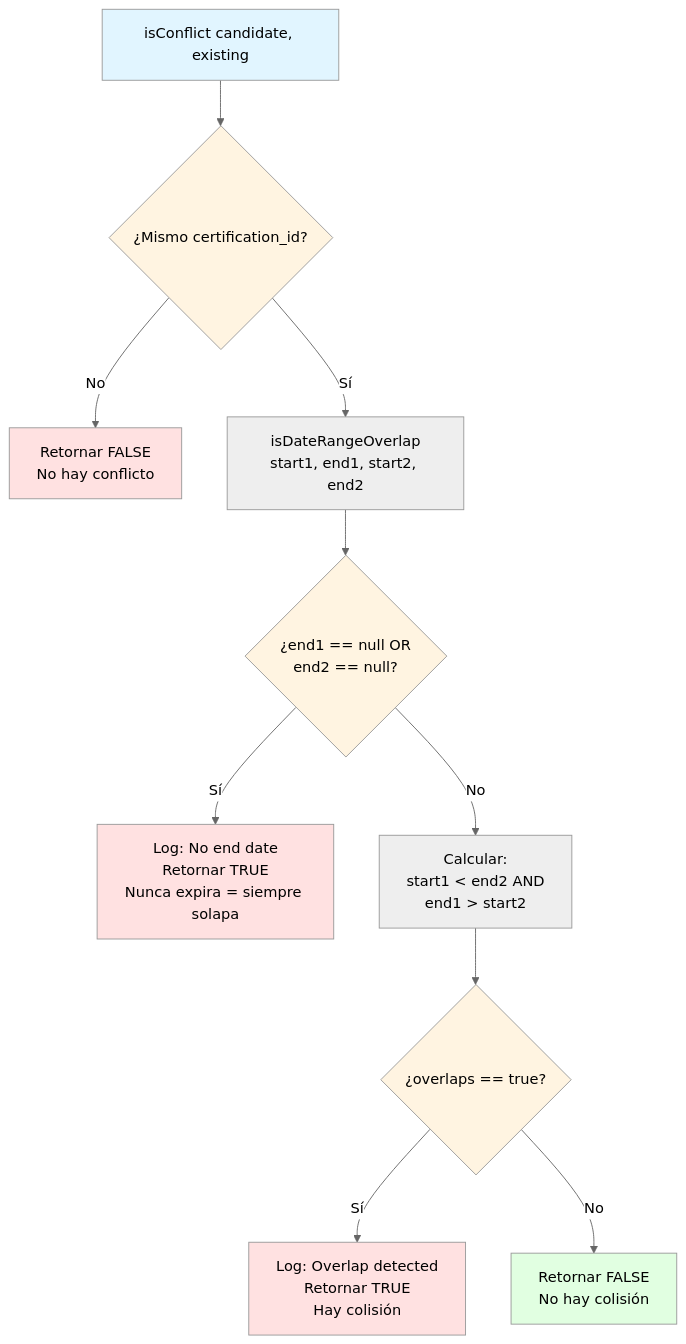
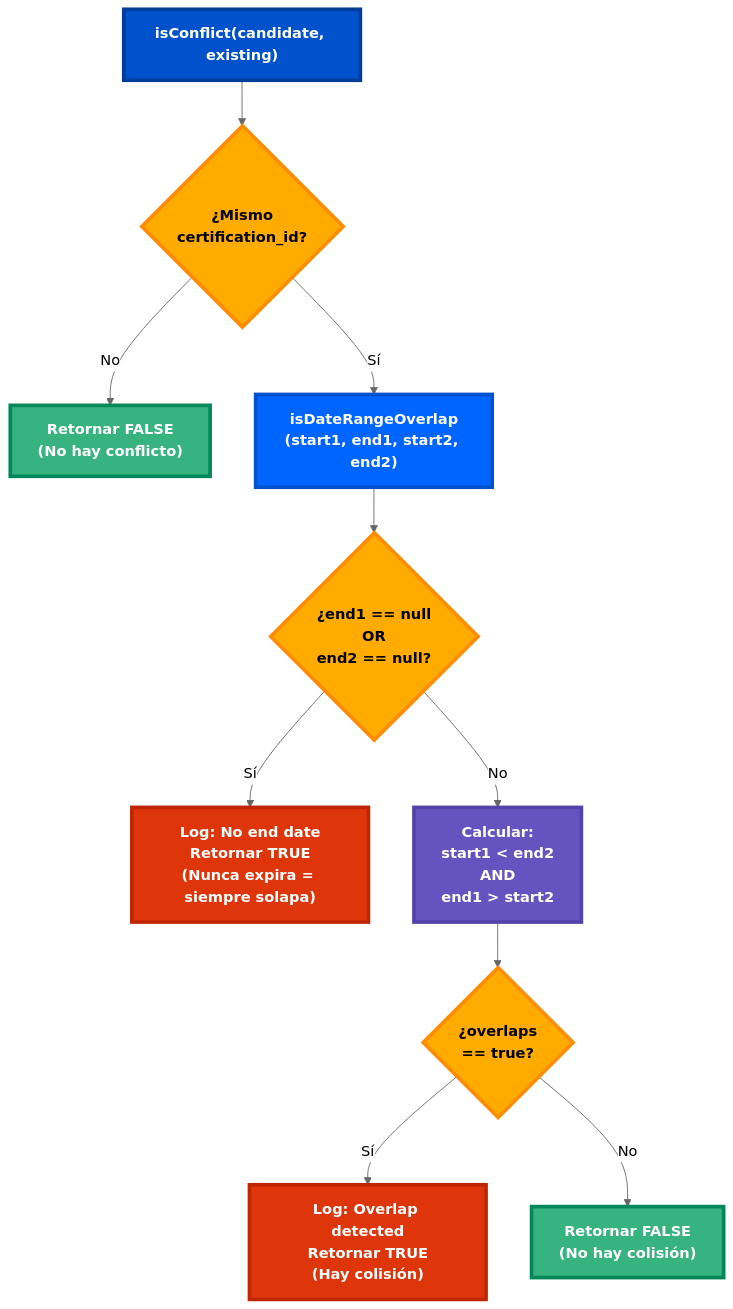
The fifth of 6 diagrams in guides/guia-implementacion-estrategia-force-default/guia-implementacion-estrategia-force-default.md (raulburgosbds/documentos_bds), drawn with Mermaid (neutral theme) before and after one commit. The commit also changed other lines of this file, not shown here.

````diff
--- a/guides/guia-implementacion-estrategia-force-default/guia-implementacion-estrategia-force-default.md
+++ b/guides/guia-implementacion-estrategia-force-default/guia-implementacion-estrategia-force-default.md
@@ -3493,23 +1168,25 @@
 ```mermaid
 flowchart TD
-    A[isConflict candidate, existing] --> B{¿Mismo certification_id?}
-    B -->|No| C[Retornar FALSE<br/>No hay conflicto]
-    B -->|Sí| D[isDateRangeOverlap<br/>start1, end1, start2, end2]
+    A["isConflict(candidate, existing)"] --> B{¿Mismo<br/>certification_id?}
+    B -->|No| C["Retornar FALSE<br/>(No hay conflicto)"]
+    B -->|Sí| D["isDateRangeOverlap<br/>(start1, end1, start2, end2)"]
     
-    D --> E{¿end1 == null OR<br/>end2 == null?}
-    E -->|Sí| F[Log: No end date<br/>Retornar TRUE<br/>Nunca expira = siempre solapa]
-    E -->|No| G[Calcular:<br/>start1 &lt; end2 AND<br/>end1 &gt; start2]
+    D --> E{¿end1 == null<br/>OR<br/>end2 == null?}
+    E -->|Sí| F["Log: No end date<br/>Retornar TRUE<br/>(Nunca expira = siempre solapa)"]
+    E -->|No| G["Calcular:<br/>start1 < end2<br/>AND<br/>end1 > start2"]
     
-    G --> H{¿overlaps == true?}
-    H -->|Sí| I[Log: Overlap detected<br/>Retornar TRUE<br/>Hay colisión]
-    H -->|No| J[Retornar FALSE<br/>No hay colisión]
+    G --> H{¿overlaps<br/>== true?}
+    H -->|Sí| I["Log: Overlap detected<br/>Retornar TRUE<br/>(Hay colisión)"]
+    H -->|No| J["Retornar FALSE<br/>(No hay colisión)"]
     
-    style A fill:#e1f5ff
-    style B fill:#fff4e1
-    style C fill:#ffe1e1
-    style E fill:#fff4e1
-    style F fill:#ffe1e1
-    style H fill:#fff4e1
-    style I fill:#ffe1e1
-    style J fill:#e1ffe1
+    style A fill:#0052CC,stroke:#003D99,stroke-width:4px,color:#FFFFFF,font-weight:bold
+    style B fill:#FFAB00,stroke:#FF8B00,stroke-width:4px,color:#000000,font-weight:bold
+    style C fill:#36B37E,stroke:#00875A,stroke-width:4px,color:#FFFFFF,font-weight:bold
+    style D fill:#0065FF,stroke:#0052CC,stroke-width:4px,color:#FFFFFF,font-weight:bold
+    style E fill:#FFAB00,stroke:#FF8B00,stroke-width:4px,color:#000000,font-weight:bold
+    style F fill:#DE350B,stroke:#BF2600,stroke-width:4px,color:#FFFFFF,font-weight:bold
+    style G fill:#6554C0,stroke:#5243AA,stroke-width:4px,color:#FFFFFF,font-weight:bold
+    style H fill:#FFAB00,stroke:#FF8B00,stroke-width:4px,color:#000000,font-weight:bold
+    style I fill:#DE350B,stroke:#BF2600,stroke-width:4px,color:#FFFFFF,font-weight:bold
+    style J fill:#36B37E,stroke:#00875A,stroke-width:4px,color:#FFFFFF,font-weight:bold
 ```
````
